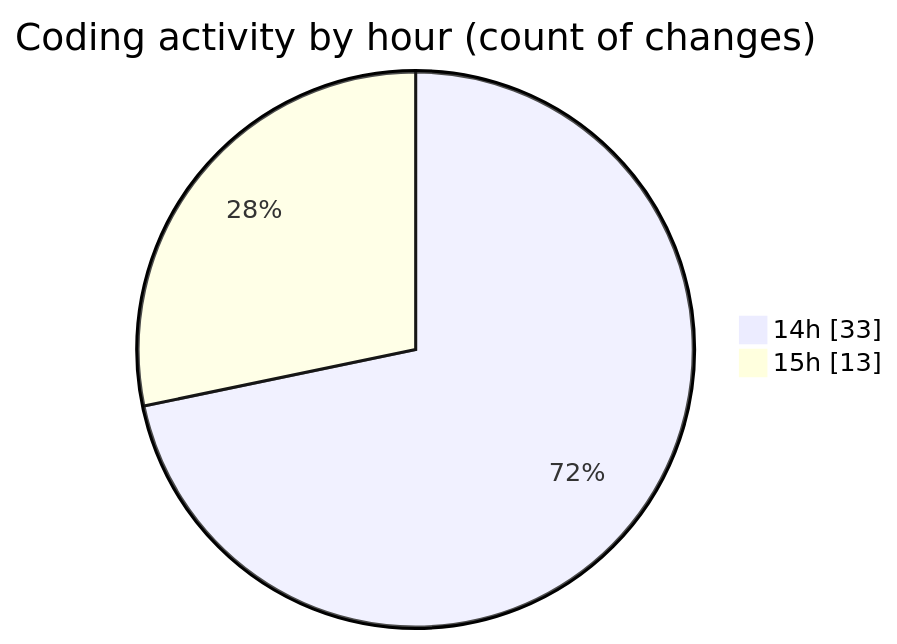
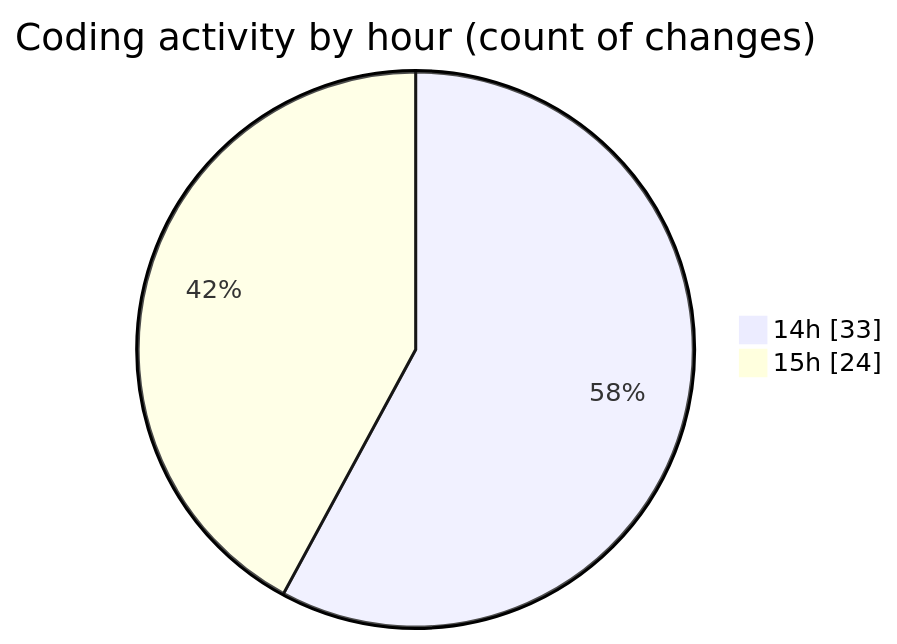
Before and after one commit to jadenblack/code-tracking: the second of 2 diagrams in 2026-03-04/shadcn-admin-kit-main__workspace_/README.md, drawn with Mermaid. The commit also changed other lines of this file and 1 other file, not shown here.

````diff
--- a/2026-03-04/shadcn-admin-kit-main__workspace_/README.md
+++ b/2026-03-04/shadcn-admin-kit-main__workspace_/README.md
@@ -56,6 +62,6 @@
 ```mermaid
 pie showData
 title Coding activity by hour (count of changes)
 "14h" : 33
-"15h" : 13
+"15h" : 24
 ```
````
